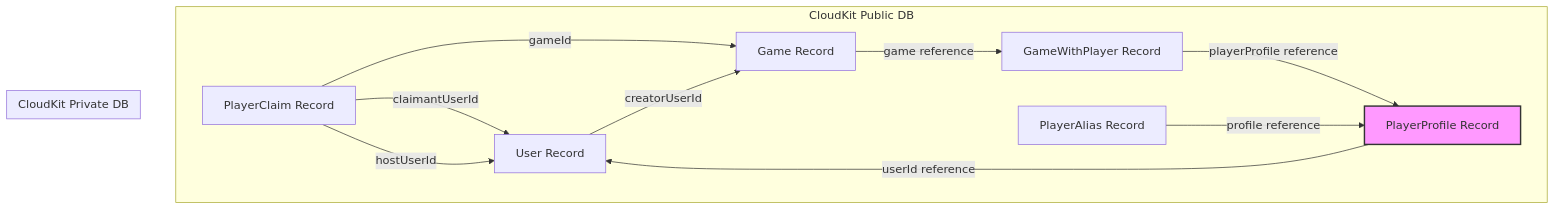
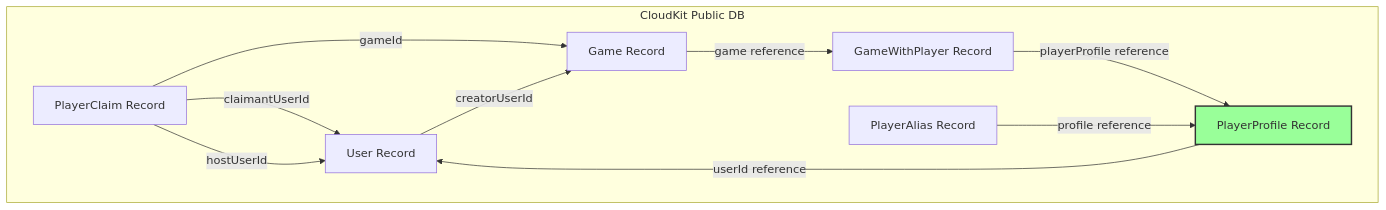
Before and after one commit to NicolasSev/gamesCheck: the second of 9 diagrams in docs/DATA_DIAGRAM.md, drawn with Mermaid. The commit also changed other lines of this file and 3 other files, not shown here.

````diff
--- a/docs/DATA_DIAGRAM.md
+++ b/docs/DATA_DIAGRAM.md
@@ -104,25 +104,22 @@
 ```mermaid
 graph TD
     subgraph "CloudKit Public DB"
         User_CK[User Record]
         Game_CK[Game Record]
         GWP_CK[GameWithPlayer Record]
         Alias_CK[PlayerAlias Record]
         Claim_CK[PlayerClaim Record]
+        Profile_CK[PlayerProfile Record]
         
         User_CK -->|creatorUserId| Game_CK
         Game_CK -->|game reference| GWP_CK
         GWP_CK -->|playerProfile reference| Profile_CK
         Alias_CK -->|profile reference| Profile_CK
         Claim_CK -->|gameId| Game_CK
         Claim_CK -->|claimantUserId| User_CK
         Claim_CK -->|hostUserId| User_CK
-    end
-    
-    subgraph "CloudKit Private DB"
-        Profile_CK[PlayerProfile Record]
         Profile_CK -->|userId reference| User_CK
     end
     
-    style Profile_CK fill:#f9f,stroke:#333,stroke-width:2px
+    style Profile_CK fill:#9f9,stroke:#333,stroke-width:2px
 ```
````
